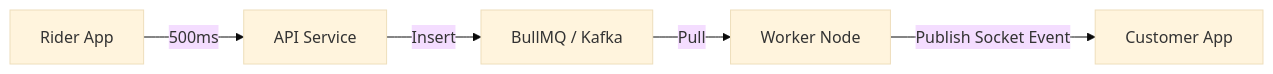
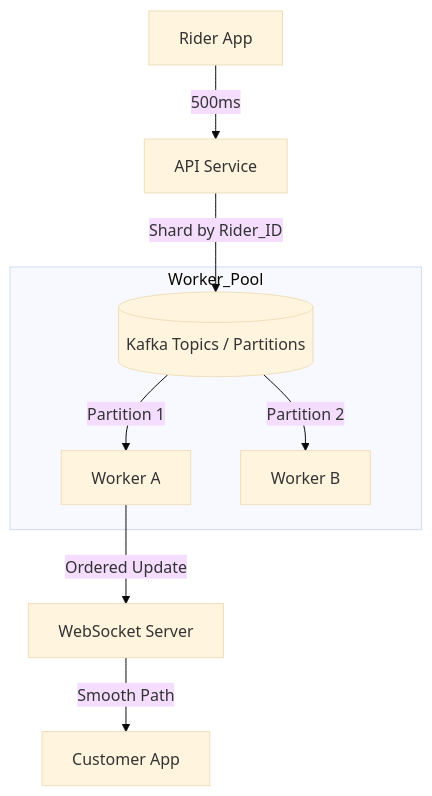
Before and after one commit to KiranTamboli/System_design: the second of 2 diagrams in Articles/6_Pull_Based_Architecture.md, drawn with Mermaid (base theme). The commit also changed other lines of this file, not shown here.

Commit message:
Add Uber-like case study (Problem/Solution) to Pull-based article

````diff
--- a/Articles/6_Pull_Based_Architecture.md
+++ b/Articles/6_Pull_Based_Architecture.md
@@ -75,7 +92,13 @@
 ```mermaid
-graph LR
+graph TD
     Rider[Rider App] -->|500ms| API[API Service]
-    API -->|Insert| MQ[BullMQ / Kafka]
-    MQ -->|Pull| Worker[Worker Node]
-    Worker -->|Publish Socket Event| Customer[Customer App]
+    API -->|Shard by Rider_ID| Kafka[(Kafka Topics / Partitions)]
+    
+    subgraph Worker_Pool
+        Kafka -->|Partition 1| W1[Worker A]
+        Kafka -->|Partition 2| W2[Worker B]
+    end
+
+    W1 -->|Ordered Update| Socket[WebSocket Server]
+    Socket -->|Smooth Path| Customer[Customer App]
 ```
````
